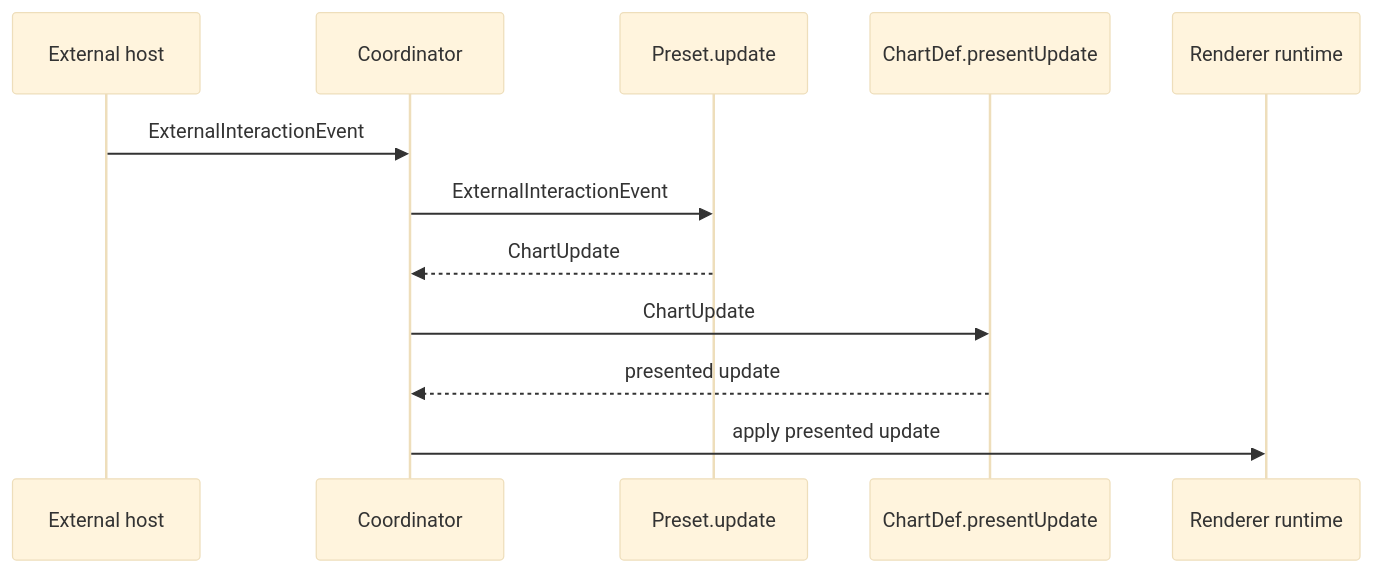
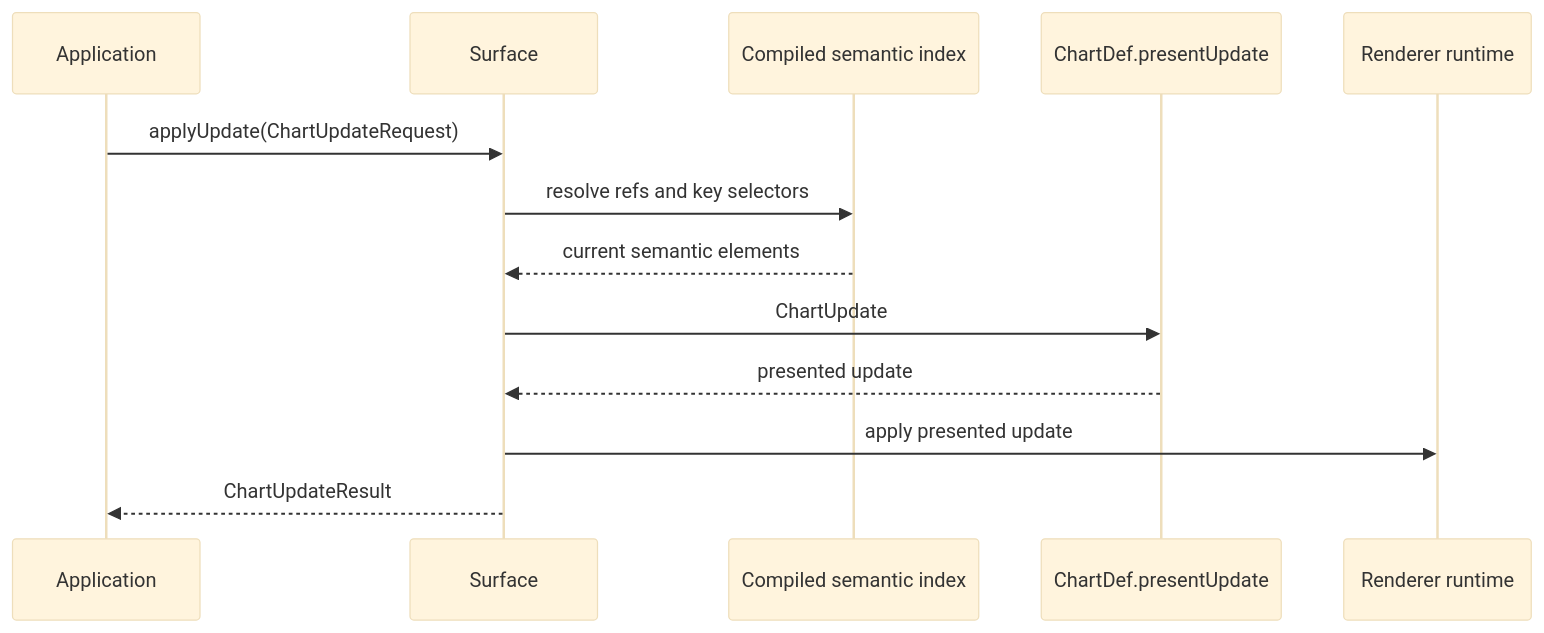
Before and after one commit to microsoft/flint-chart: the third of 5 diagrams in packages/flint-js/src/interactive/README.md, drawn with Mermaid (base theme). The commit also changed other lines of this file and 73 other files, not shown here.

````diff
--- a/packages/flint-js/src/interactive/README.md
+++ b/packages/flint-js/src/interactive/README.md
@@ -88,15 +203,16 @@
 ```mermaid
 sequenceDiagram
-    participant Host as External host
-    participant Coordinator
-    participant Preset as Preset.update
+    participant Host as Application
+    participant Surface
+    participant Index as Compiled semantic index
     participant Present as ChartDef.presentUpdate
     participant Runtime as Renderer runtime
 
-    Host->>Coordinator: ExternalInteractionEvent
-    Coordinator->>Preset: ExternalInteractionEvent
-    Preset-->>Coordinator: ChartUpdate
-    Coordinator->>Present: ChartUpdate
-    Present-->>Coordinator: presented update
-    Coordinator->>Runtime: apply presented update
+    Host->>Surface: applyUpdate(ChartUpdateRequest)
+    Surface->>Index: resolve refs and key selectors
+    Index-->>Surface: current semantic elements
+    Surface->>Present: ChartUpdate
+    Present-->>Surface: presented update
+    Surface->>Runtime: apply presented update
+    Surface-->>Host: ChartUpdateResult
 ```
````
